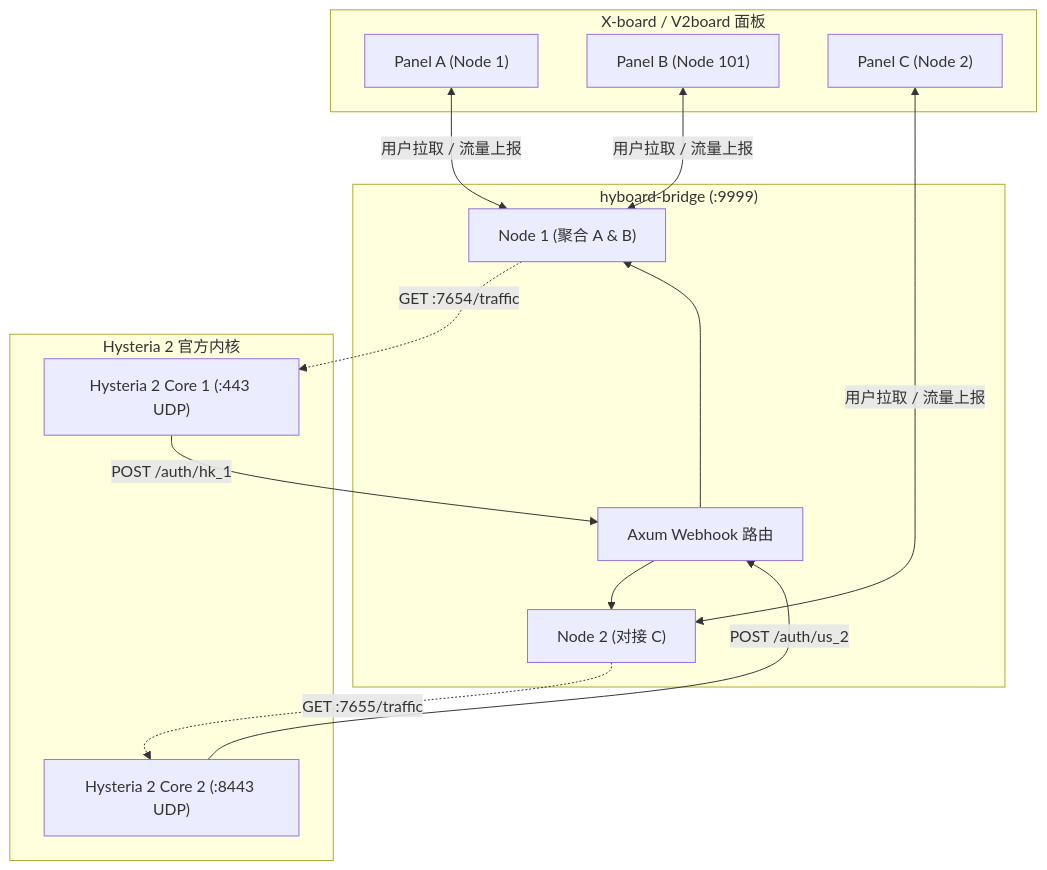
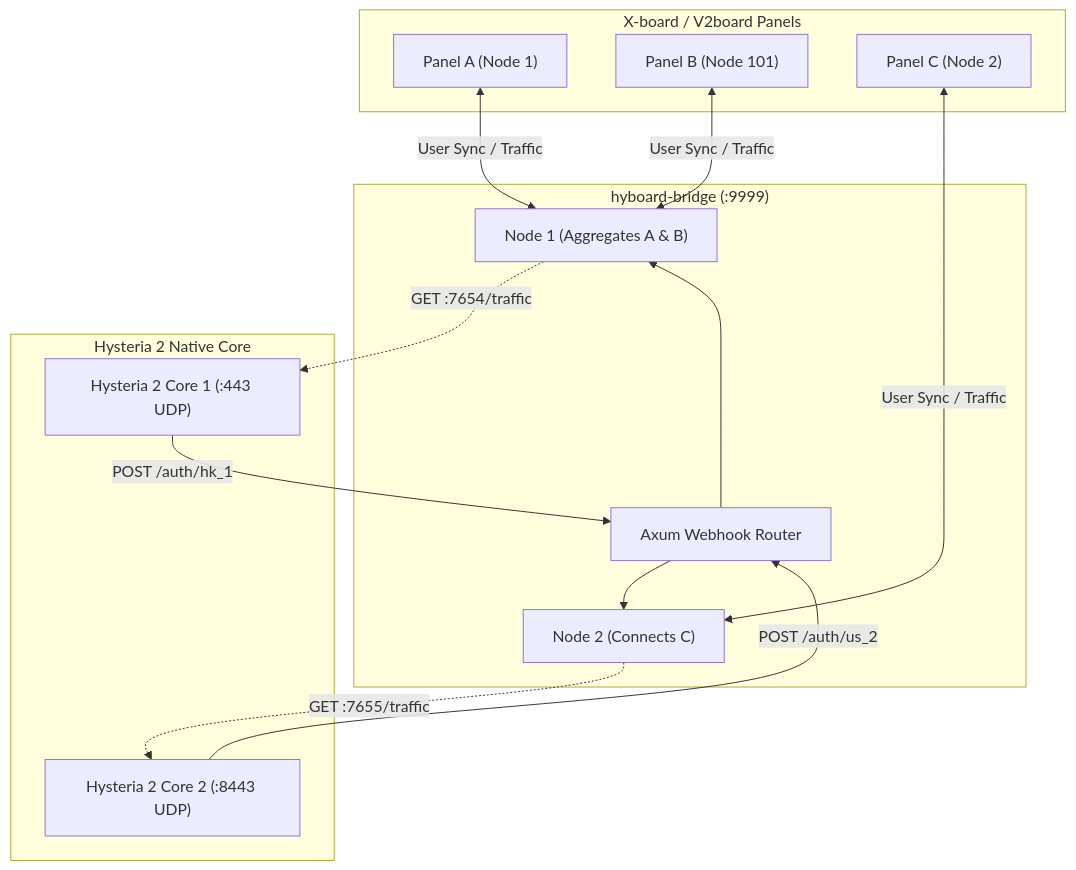
The diagram in README.md (aquamarine-z/hyboard-bridge), drawn with Mermaid before and after one commit. The commit also changed other lines of this file and 3 other files, not shown here.

````diff
--- a/README.md
+++ b/README.md
@@ -34,31 +49,31 @@
 ```mermaid
 flowchart TD
-    subgraph Panels ["X-board / V2board 面板"]
+    subgraph Panels ["X-board / V2board Panels"]
         PanelA["Panel A (Node 1)"]
         PanelB["Panel B (Node 101)"]
         PanelC["Panel C (Node 2)"]
     end
 
     subgraph Bridge ["hyboard-bridge (:9999)"]
-        Router["Axum Webhook 路由"]
-        Node1["Node 1 (聚合 A & B)"]
-        Node2["Node 2 (对接 C)"]
+        Router["Axum Webhook Router"]
+        Node1["Node 1 (Aggregates A & B)"]
+        Node2["Node 2 (Connects C)"]
     end
 
-    subgraph Cores ["Hysteria 2 官方内核"]
+    subgraph Cores ["Hysteria 2 Native Core"]
         Hy1["Hysteria 2 Core 1 (:443 UDP)"]
         Hy2["Hysteria 2 Core 2 (:8443 UDP)"]
     end
 
-    PanelA <-->|用户拉取 / 流量上报| Node1
-    PanelB <-->|用户拉取 / 流量上报| Node1
-    PanelC <-->|用户拉取 / 流量上报| Node2
+    PanelA <-->|User Sync / Traffic| Node1
+    PanelB <-->|User Sync / Traffic| Node1
+    PanelC <-->|User Sync / Traffic| Node2
 
     Hy1 -->|POST /auth/hk_1| Router
     Router --> Node1
     Hy2 -->|POST /auth/us_2| Router
     Router --> Node2
 
     Node1 -.->|GET :7654/traffic| Hy1
     Node2 -.->|GET :7655/traffic| Hy2
 ```
````
